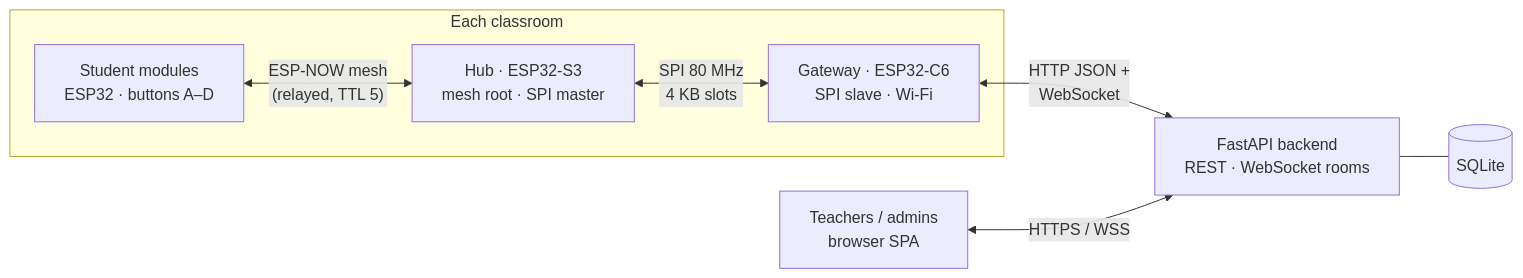
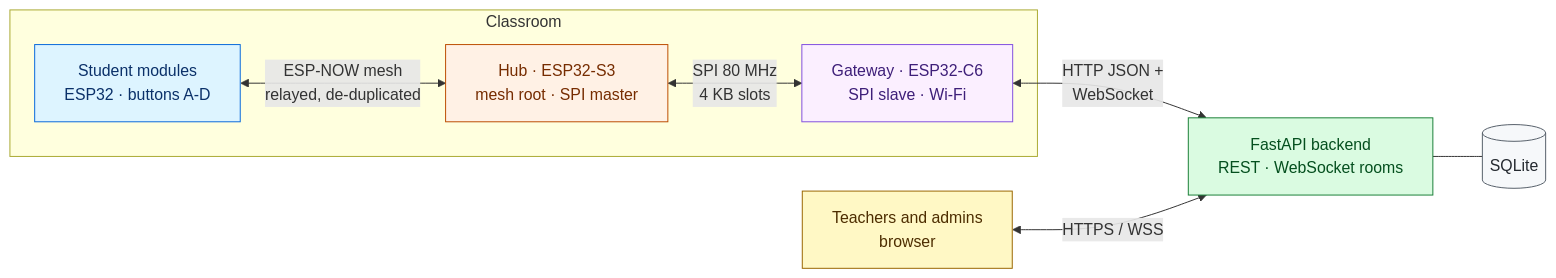
The first of 2 diagrams in README.md (Kush-Kelaiya22/imPress), drawn with Mermaid before and after one commit. The commit also changed other lines of this file and 7 other files, not shown here.

````diff
--- a/README.md
+++ b/README.md
@@ -34,13 +55,20 @@
 ```mermaid
 flowchart LR
-    subgraph Room["Each classroom"]
-        ST["Student modules<br/>ESP32 · buttons A–D"]
-        S3["Hub · ESP32-S3<br/>mesh root · SPI master"]
-        C6["Gateway · ESP32-C6<br/>SPI slave · Wi-Fi"]
-        ST <-- "ESP-NOW mesh<br/>(relayed, TTL 5)" --> S3
+    subgraph Room["Classroom"]
+        ST["Student modules<br/>ESP32 · buttons A-D"]:::student
+        S3["Hub · ESP32-S3<br/>mesh root · SPI master"]:::hub
+        C6["Gateway · ESP32-C6<br/>SPI slave · Wi-Fi"]:::gateway
+        ST <-- "ESP-NOW mesh<br/>relayed, de-duplicated" --> S3
         S3 <-- "SPI 80 MHz<br/>4 KB slots" --> C6
     end
-    C6 <-- "HTTP JSON +<br/>WebSocket" --> BE["FastAPI backend<br/>REST · WebSocket rooms"]
-    BE --- DB[("SQLite")]
-    T["Teachers / admins<br/>browser SPA"] <-- "HTTPS / WSS" --> BE
+    C6 <-- "HTTP JSON +<br/>WebSocket" --> BE["FastAPI backend<br/>REST · WebSocket rooms"]:::server
+    BE --- DB[("SQLite")]:::store
+    T["Teachers and admins<br/>browser"]:::user <-- "HTTPS / WSS" --> BE
+
+    classDef student fill:#DDF4FF,stroke:#0969DA,color:#0A3069
+    classDef hub fill:#FFF1E5,stroke:#BC4C00,color:#762C00
+    classDef gateway fill:#FBEFFF,stroke:#8250DF,color:#3E1F79
+    classDef server fill:#DAFBE1,stroke:#1A7F37,color:#044F1E
+    classDef store fill:#F6F8FA,stroke:#57606A,color:#24292F
+    classDef user fill:#FFF8C5,stroke:#9A6700,color:#4D2D00
 ```
````
